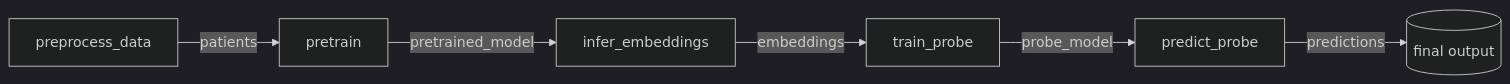
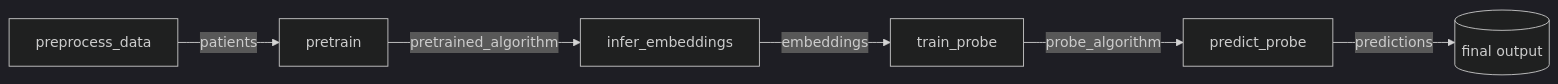
One commit to McDermottHealthAI/MEDS_algorithm_template changed the second of 2 diagrams in docs/concepts.md. Above: the diagram before and after it, drawn with Mermaid (dark theme). The commit also changed other lines of this file and 51 other files, not shown here.

````diff
--- a/docs/concepts.md
+++ b/docs/concepts.md
@@ -105,8 +105,8 @@
 ```mermaid
 flowchart LR
     p[preprocess_data] -->|patients| pt[pretrain]
-    pt -->|pretrained_model| i[infer_embeddings]
+    pt -->|pretrained_algorithm| i[infer_embeddings]
     i -->|embeddings| st[train_probe]
-    st -->|probe_model| pr[predict_probe]
+    st -->|probe_algorithm| pr[predict_probe]
     pr -->|predictions| out[(final output)]
 ```
````
